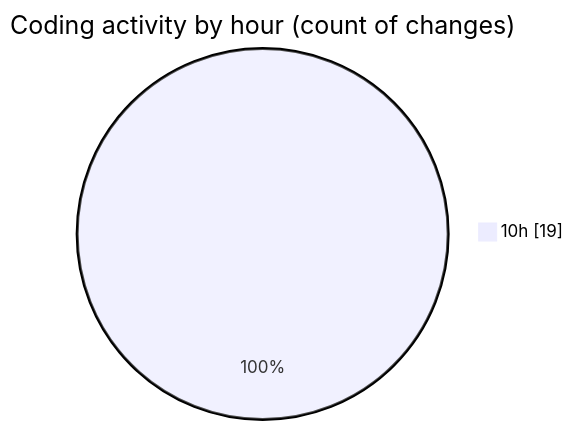
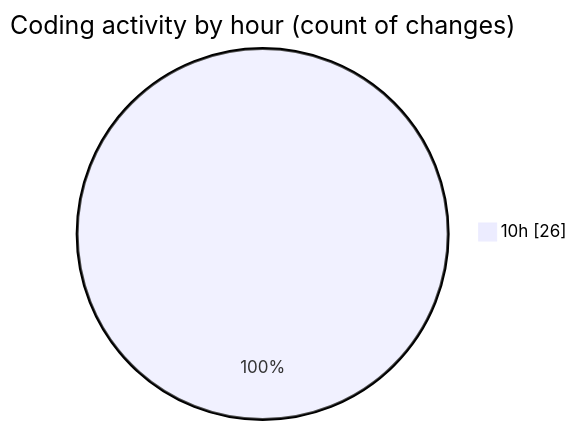
Before and after one commit to CELIANVF/code-tracking: the second of 2 diagrams in 2025-05-15/ecodeli-1/README.md, drawn with Mermaid. The commit also changed other lines of this file and 1 other file, not shown here.

````diff
--- a/2025-05-15/ecodeli-1/README.md
+++ b/2025-05-15/ecodeli-1/README.md
@@ -38,5 +42,5 @@
 ```mermaid
 pie showData
 title Coding activity by hour (count of changes)
-"10h" : 19
+"10h" : 26
 ```
````
